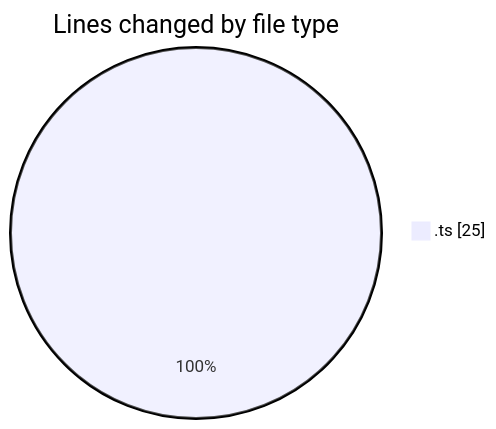
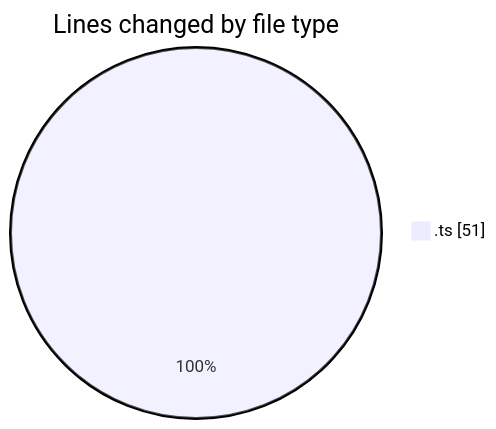
The first of 2 diagrams in 2025-10-19/typescript/README.md (Ritupan-Deka/code-tracking), drawn with Mermaid before and after one commit. The commit also changed other lines of this file and 1 other file, not shown here.

````diff
--- a/2025-10-19/typescript/README.md
+++ b/2025-10-19/typescript/README.md
@@ -21,5 +21,5 @@
 ```mermaid
 pie showData
 title Lines changed by file type
-".ts" : 25
+".ts" : 51
 ```
````
